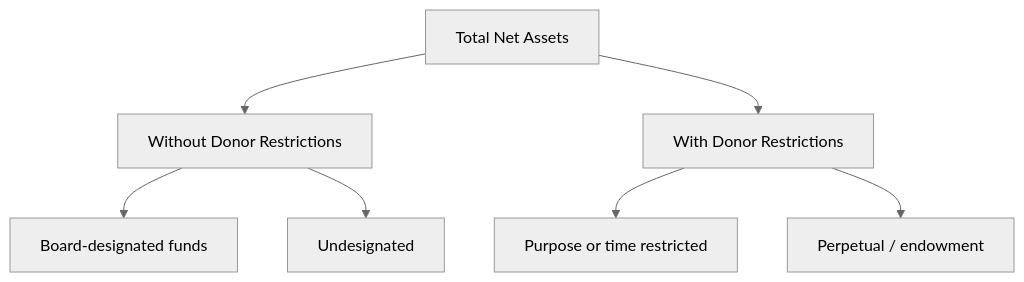
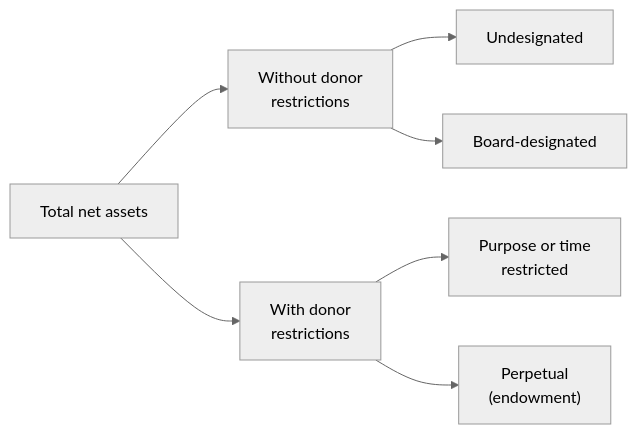
One commit to subwaymatch/cpabear-book changed the first of 3 diagrams in docs/far/specialized-reporting/not-for-profit-accounting.md. Above: the diagram before and after it, drawn with Mermaid (neutral theme). The commit also changed other lines of this file and 204 other files, not shown here.

First line of the commit message:
Update the book for the 2027 CPA Exam Blueprints, fix dark-mode diagrams, add diagram zoom (#49)

````diff
--- a/docs/far/specialized-reporting/not-for-profit-accounting.md
+++ b/docs/far/specialized-reporting/not-for-profit-accounting.md
@@ -43,9 +32,9 @@
 ```mermaid
-graph TD
-    A[Total Net Assets] --> B[Without Donor Restrictions]
-    A --> C[With Donor Restrictions]
-    B --> D[Board-designated funds]
-    B --> E[Undesignated]
-    C --> F[Purpose or time restricted]
-    C --> G[Perpetual / endowment]
+graph LR
+    A[Total net assets] --> B["Without donor<br/>restrictions"]
+    A --> C["With donor<br/>restrictions"]
+    B --> D[Undesignated]
+    B --> E[Board-designated]
+    C --> F["Purpose or time<br/>restricted"]
+    C --> G["Perpetual<br/>(endowment)"]
 ```
````
